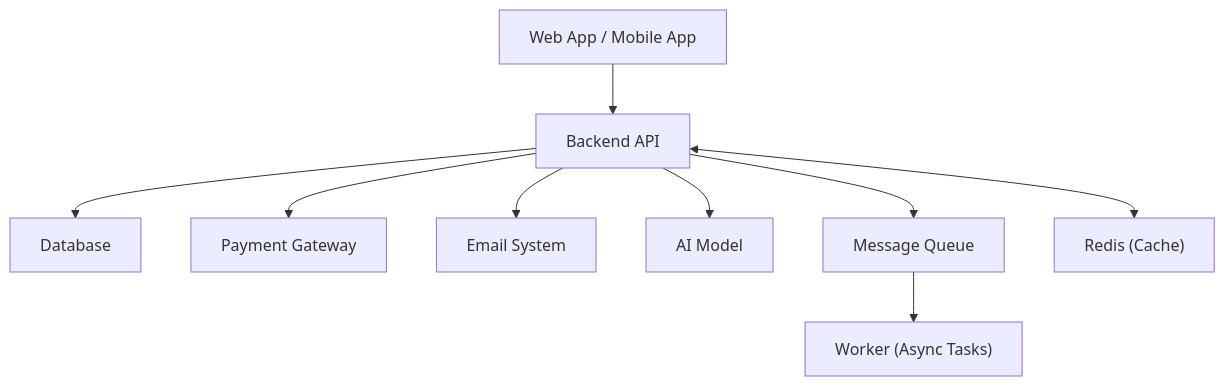
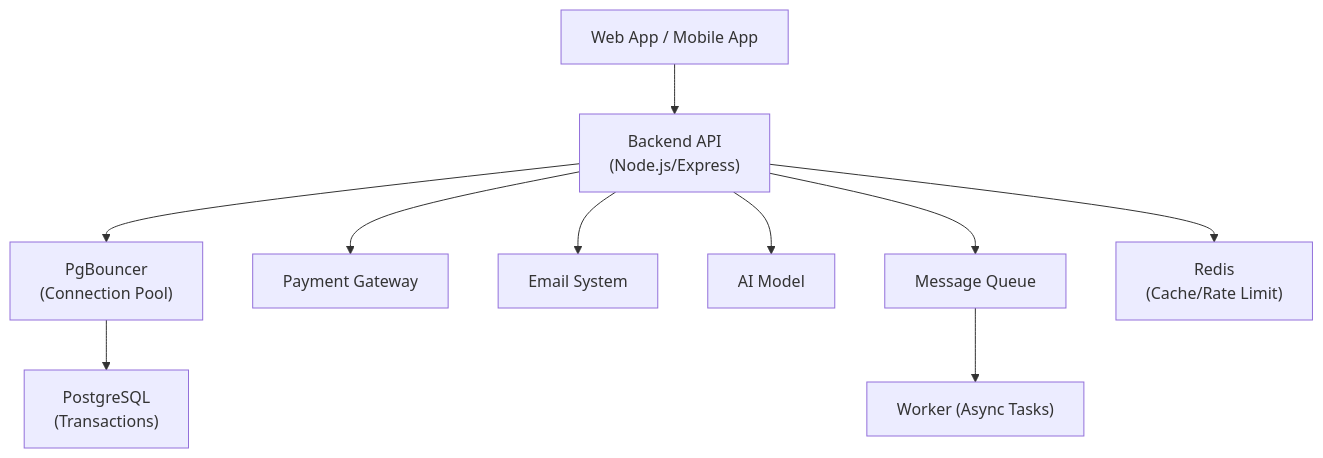
The first of 2 diagrams in docs/design.md (namdin05/uni-workshop), drawn with Mermaid before and after one commit. The commit also changed other lines of this file and 11 other files, not shown here.

````diff
--- a/docs/design.md
+++ b/docs/design.md
@@ -77,26 +91,27 @@
 ```mermaid
 flowchart TD
     Client["Web App / Mobile App"]
-    Backend["Backend API"]
-    DB["Database"]
+    Backend["Backend API<br/>(Node.js/Express)"]
+    PgBouncer["PgBouncer<br/>(Connection Pool)"]
+    DB["PostgreSQL<br/>(Transactions)"]
 
     Payment["Payment Gateway"]
     Email["Email System"]
     AI["AI Model"]
 
     Queue["Message Queue"]
     Worker["Worker (Async Tasks)"]
-    Redis["Redis (Cache)"]
+    Redis["Redis<br/>(Cache/Rate Limit)"]
 
     Client --> Backend
-    Backend --> DB
+    Backend --> Redis
+    Backend --> PgBouncer
+    PgBouncer --> DB
 
     Backend --> Payment
     Backend --> Email
     Backend --> AI
 
     Backend --> Queue
     Queue --> Worker
-
-    Backend <--> Redis
 ```
````
